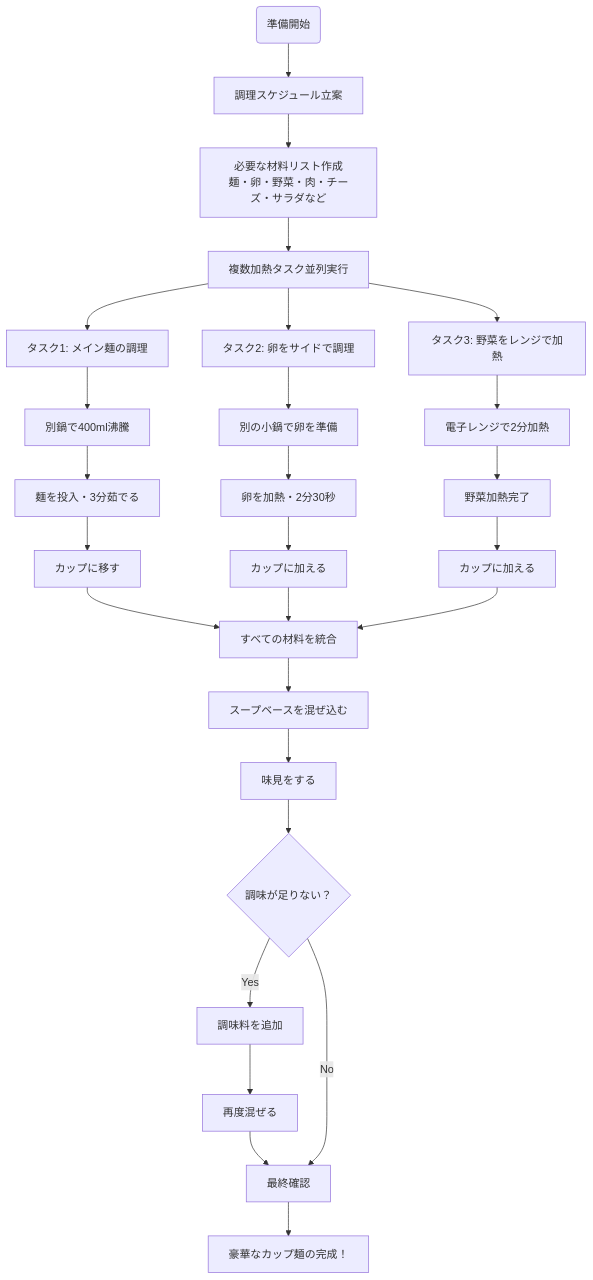
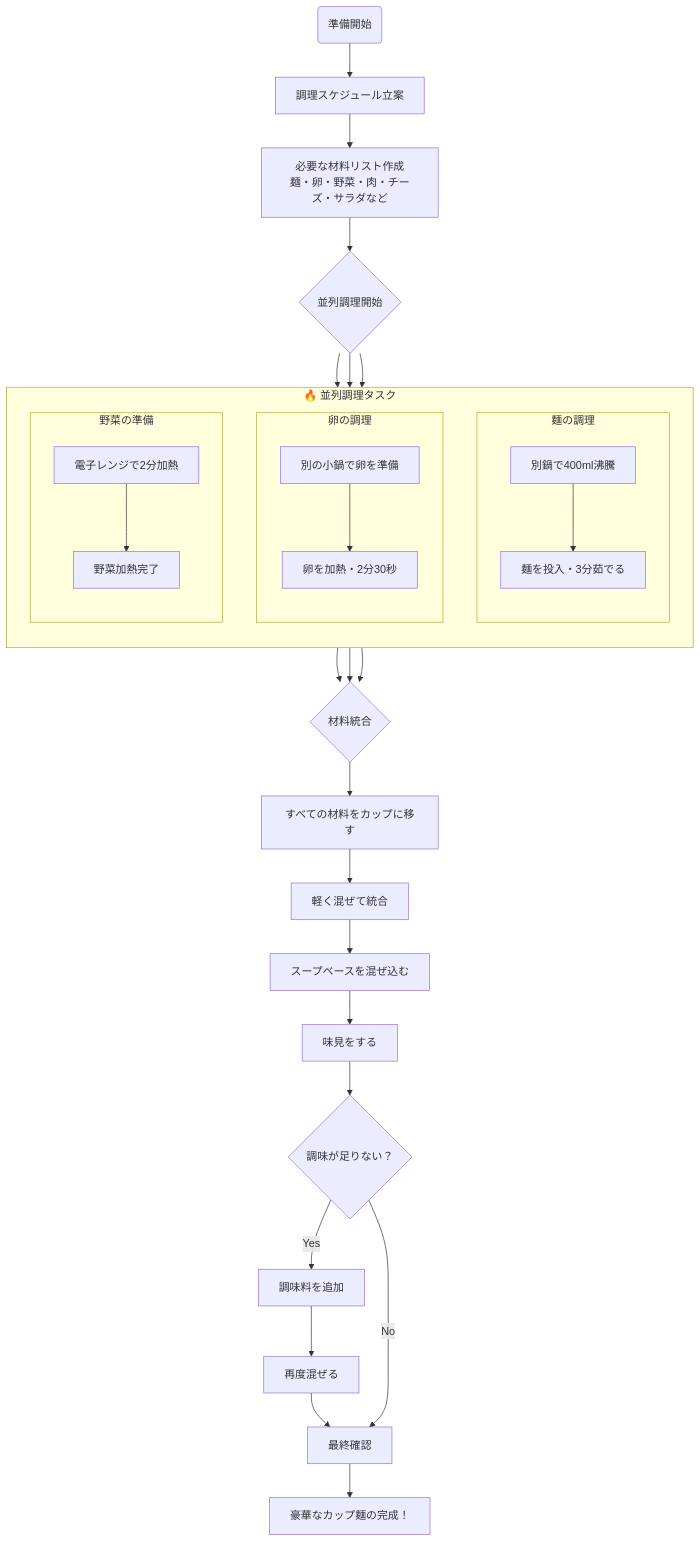
One commit to norm-ideal/mermaidtest changed the fifth of 5 diagrams in test.md. Above: the diagram before and after it, drawn with Mermaid.

Commit message:
more beautiful graph

````diff
--- a/test.md
+++ b/test.md
@@ -77,29 +77,49 @@
 ```mermaid
 flowchart TB
 start(準備開始) --> planSchedule[調理スケジュール立案]
 planSchedule --> listMaterials[必要な材料リスト作成<br/>麺・卵・野菜・肉・チーズ・サラダなど]
-listMaterials --> parallelStart[複数加熱タスク並列実行]
-parallelStart --> task1[タスク1: メイン麺の調理]
-parallelStart --> task2[タスク2: 卵をサイドで調理]
-parallelStart --> task3[タスク3: 野菜をレンジで加熱]
-task1 --> boilNoodles[別鍋で400ml沸騰]
-task2 --> prepEgg[別の小鍋で卵を準備]
-task3 --> heatVeg[電子レンジで2分加熱]
-boilNoodles --> cookNoodles[麺を投入・3分茹でる]
-prepEgg --> cookEgg[卵を加熱・2分30秒]
-heatVeg --> finishVeg[野菜加熱完了]
-cookNoodles --> transferCup[カップに移す]
-cookEgg --> addEgg[カップに加える]
-finishVeg --> addVeg[カップに加える]
-transferCup --> combine[すべての材料を統合]
-addEgg --> combine
-addVeg --> combine
+listMaterials --> syncStart{並列調理開始}
+
+subgraph parallel ["🔥 並列調理タスク"]
+    direction TB
+    subgraph noodle ["麺の調理"]
+        direction TB
+        boilNoodles[別鍋で400ml沸騰]
+        cookNoodles[麺を投入・3分茹でる]
+        boilNoodles --> cookNoodles
+    end
+    
+    subgraph egg ["卵の調理"]
+        direction TB
+        prepEgg[別の小鍋で卵を準備]
+        cookEgg[卵を加熱・2分30秒]
+        prepEgg --> cookEgg
+    end
+    
+    subgraph veg ["野菜の準備"]
+        direction TB
+        heatVeg[電子レンジで2分加熱]
+        finishVeg[野菜加熱完了]
+        heatVeg --> finishVeg
+    end
+end
+
+syncStart --> boilNoodles
+syncStart --> prepEgg
+syncStart --> heatVeg
+
+cookNoodles --> gather{材料統合}
+cookEgg --> gather
+finishVeg --> gather
+
+gather --> transferCup[すべての材料をカップに移す]
+transferCup --> combine[軽く混ぜて統合]
 combine --> mixSoup[スープベースを混ぜ込む]
 mixSoup --> taste[味見をする]
 taste --> checkTaste{調味が足りない？}
 checkTaste -->|Yes| addSeason[調味料を追加]
 addSeason --> remixAll[再度混ぜる]
 remixAll --> finalCheck[最終確認]
 checkTaste -->|No| finalCheck
 finalCheck --> finish[豪華なカップ麺の完成！]
 ```
````
